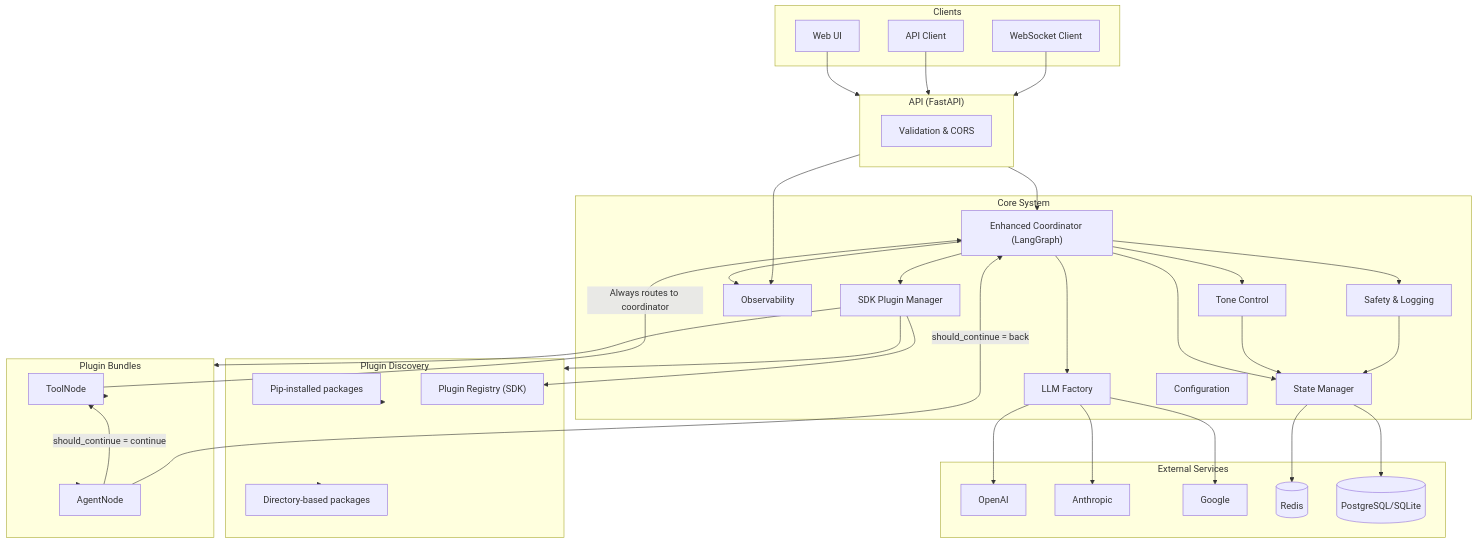
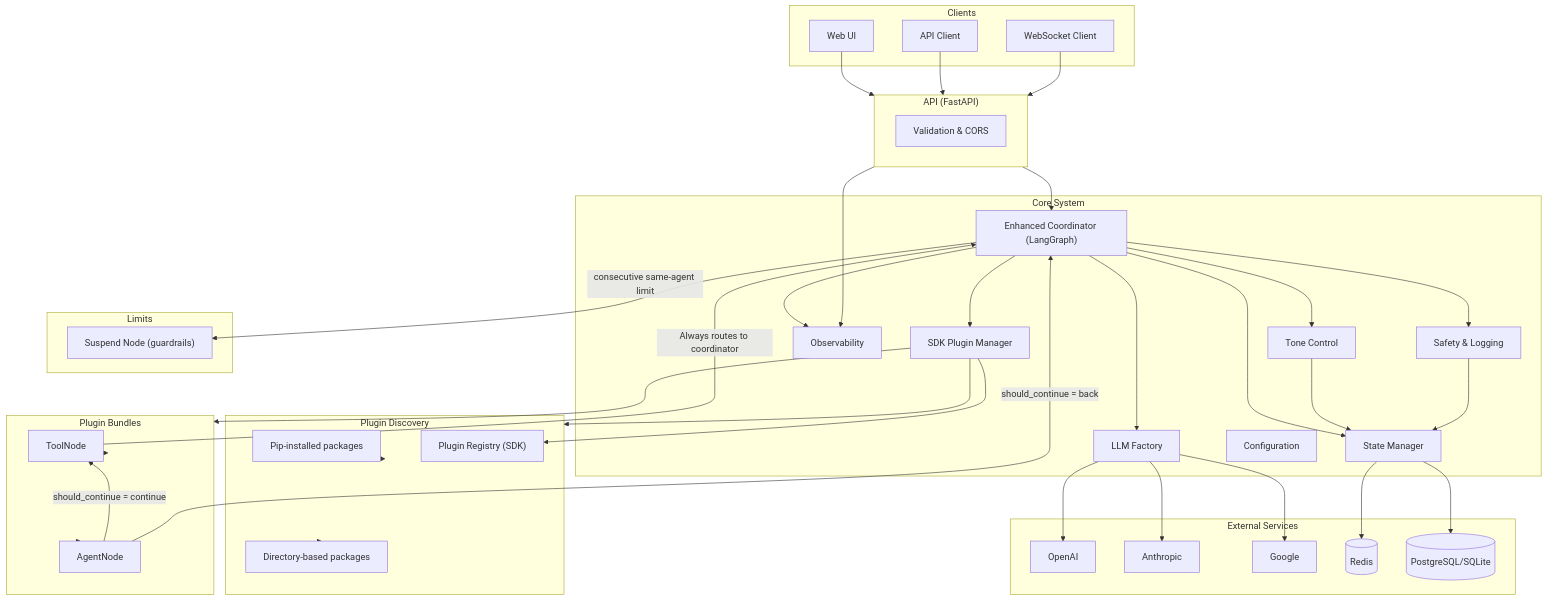
The first of 6 diagrams in docs/concepts/architecture.md (jonaskahn/cadence), drawn with Mermaid before and after one commit. The commit also changed other lines of this file and 15 other files, not shown here.

````diff
--- a/docs/concepts/architecture.md
+++ b/docs/concepts/architecture.md
@@ -79,6 +79,12 @@
     Coord --> Safety
     Safety --> State
 
+    %% Guardrails
+    Coord -->|consecutive same-agent limit| Suspend
+    subgraph Limits
+        Suspend["Suspend Node (guardrails)"]
+    end
+
     API --> Obs
     Coord --> Obs
 ```
````
